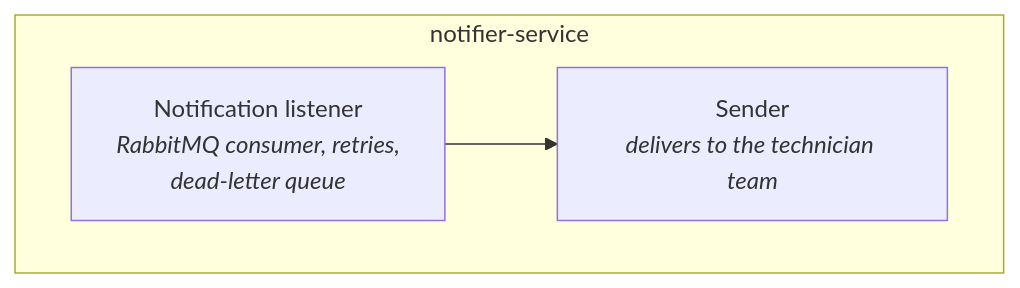
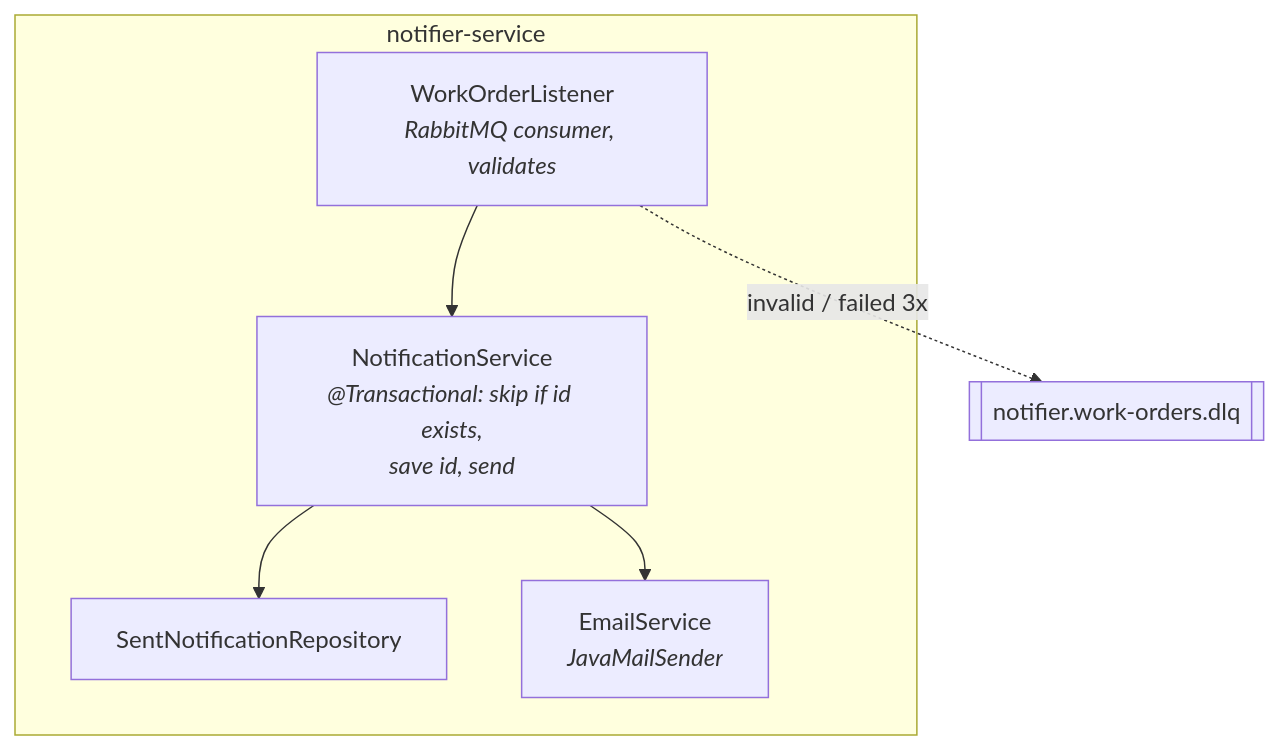
The fifth of 8 diagrams in docs/ARCHITECTURE.md (hapiKzm/gridwatch), drawn with Mermaid before and after one commit. The commit also changed other lines of this file and 3 other files, not shown here.

Commit message:
docs: add week 3 notes and update readme, setup and architecture for notifier-service

````diff
--- a/docs/ARCHITECTURE.md
+++ b/docs/ARCHITECTURE.md
@@ -120,8 +125,13 @@
 ```mermaid
 flowchart TB
     subgraph notifier["notifier-service"]
-        q["Notification listener<br/><i>RabbitMQ consumer, retries,<br/>dead-letter queue</i>"]
-        send["Sender<br/><i>delivers to the technician team</i>"]
+        q["WorkOrderListener<br/><i>RabbitMQ consumer, validates</i>"]
+        svc["NotificationService<br/><i>@Transactional: skip if id exists,<br/>save id, send</i>"]
+        repo["SentNotificationRepository"]
+        send["EmailService<br/><i>JavaMailSender</i>"]
     end
-    q --> send
+    q --> svc
+    svc --> repo
+    svc --> send
+    q -.->|"invalid / failed 3x"| dlq[["notifier.work-orders.dlq"]]
 ```
````
